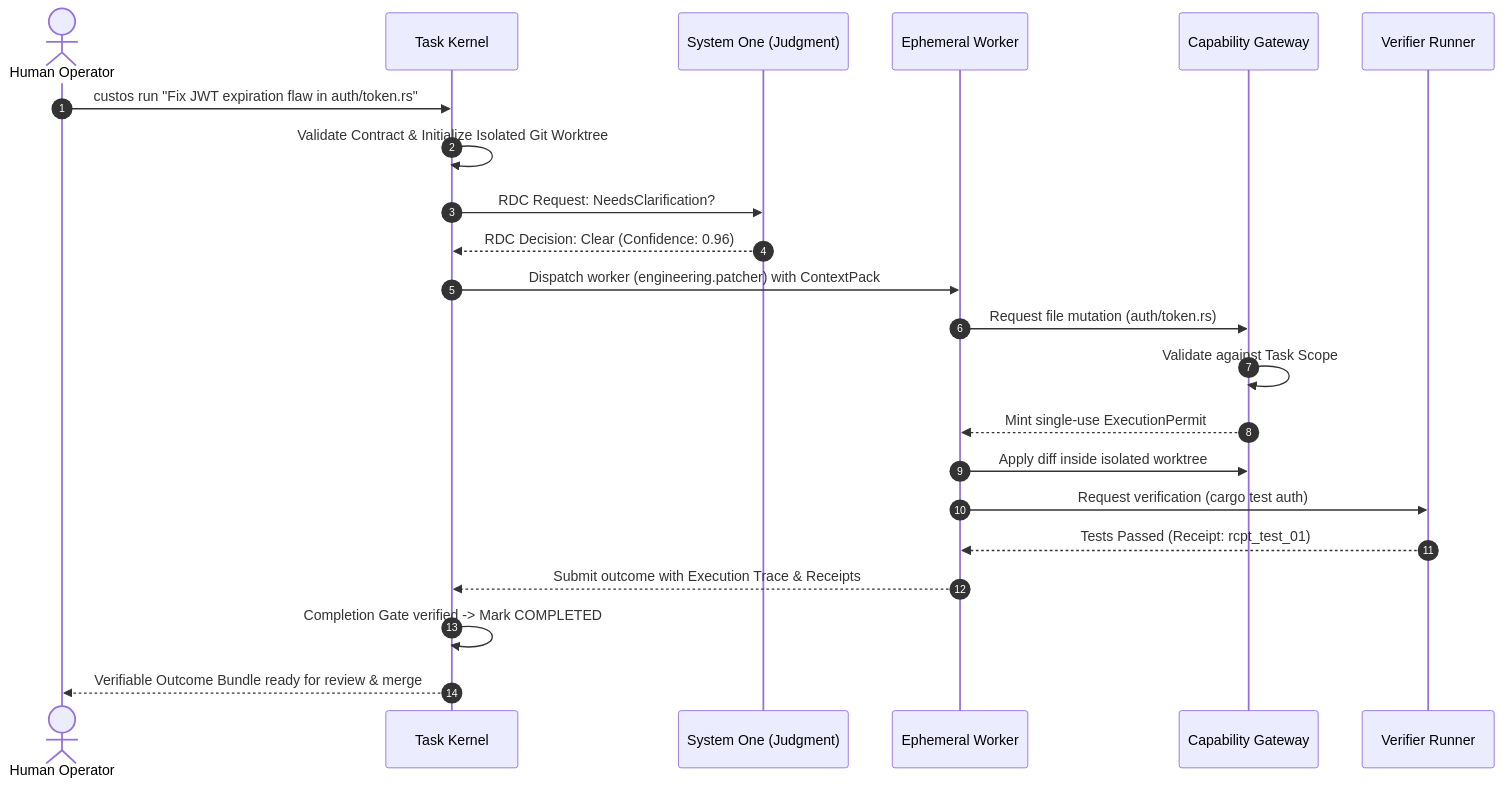
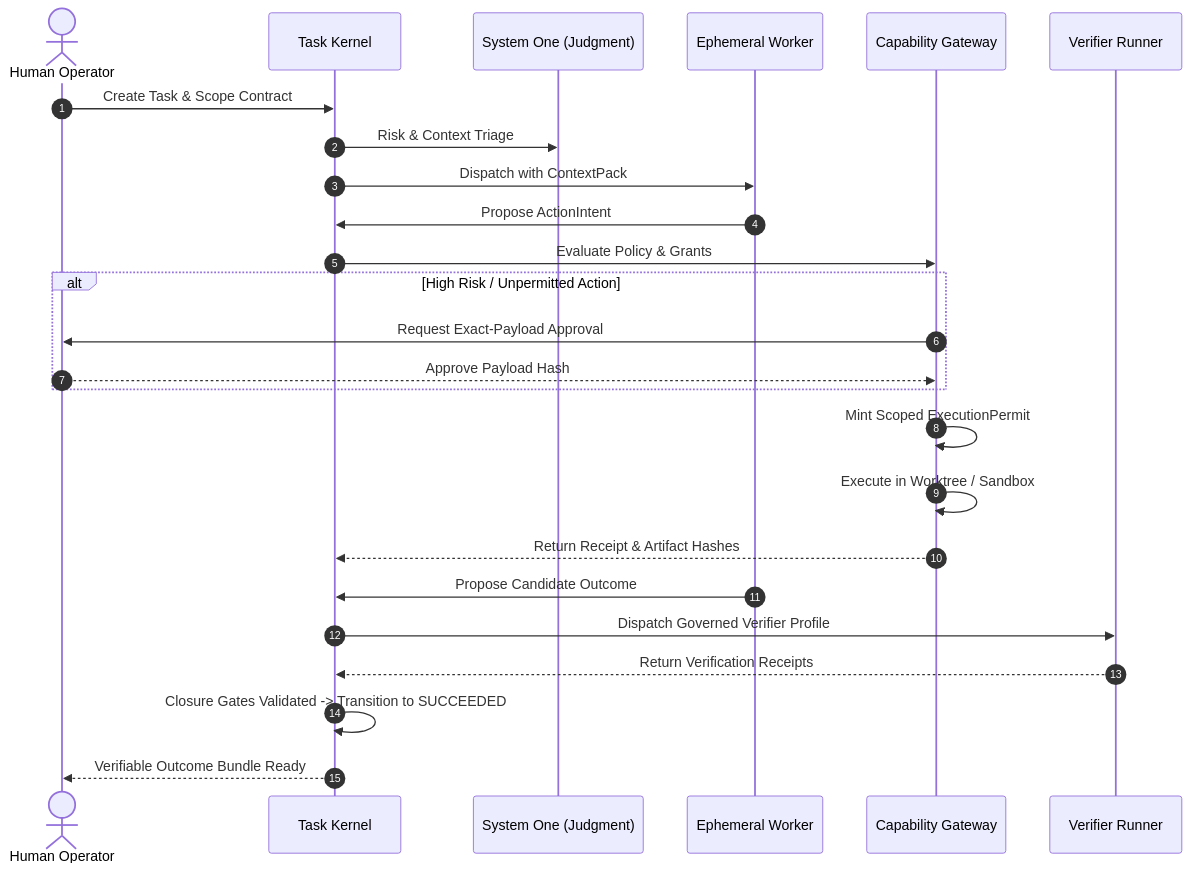
The second of 2 diagrams in README.md (civi0411/Custos), drawn with Mermaid before and after one commit. The commit also changed other lines of this file and 6 other files, not shown here.

````diff
--- a/README.md
+++ b/README.md
@@ -238,25 +130,28 @@
 ```mermaid
 sequenceDiagram
     autonumber
-    actor User as Human Operator
+    actor Human as Human Operator
     participant Kernel as Task Kernel
     participant S1 as System One (Judgment)
     participant Worker as Ephemeral Worker
     participant Gateway as Capability Gateway
     participant Verifier as Verifier Runner
 
-    User->>Kernel: custos run "Fix JWT expiration flaw in auth/token.rs"
-    Kernel->>Kernel: Validate Contract & Initialize Isolated Git Worktree
-    Kernel->>S1: RDC Request: NeedsClarification?
-    S1-->>Kernel: RDC Decision: Clear (Confidence: 0.96)
-    Kernel->>Worker: Dispatch worker (engineering.patcher) with ContextPack
-    Worker->>Gateway: Request file mutation (auth/token.rs)
-    Gateway->>Gateway: Validate against Task Scope
-    Gateway-->>Worker: Mint single-use ExecutionPermit
-    Worker->>Gateway: Apply diff inside isolated worktree
-    Worker->>Verifier: Request verification (cargo test auth)
-    Verifier-->>Worker: Tests Passed (Receipt: rcpt_test_01)
-    Worker-->>Kernel: Submit outcome with Execution Trace & Receipts
-    Kernel->>Kernel: Completion Gate verified -> Mark COMPLETED
-    Kernel-->>User: Verifiable Outcome Bundle ready for review & merge
+    Human->>Kernel: Create Task & Scope Contract
+    Kernel->>S1: Risk & Context Triage
+    Kernel->>Worker: Dispatch with ContextPack
+    Worker->>Kernel: Propose ActionIntent
+    Kernel->>Gateway: Evaluate Policy & Grants
+    alt High Risk / Unpermitted Action
+        Gateway->>Human: Request Exact-Payload Approval
+        Human-->>Gateway: Approve Payload Hash
+    end
+    Gateway->>Gateway: Mint Scoped ExecutionPermit
+    Gateway->>Gateway: Execute in Worktree / Sandbox
+    Gateway-->>Kernel: Return Receipt & Artifact Hashes
+    Worker->>Kernel: Propose Candidate Outcome
+    Kernel->>Verifier: Dispatch Governed Verifier Profile
+    Verifier-->>Kernel: Return Verification Receipts
+    Kernel->>Kernel: Closure Gates Validated -> Transition to SUCCEEDED
+    Kernel-->>Human: Verifiable Outcome Bundle Ready
 ```
````
